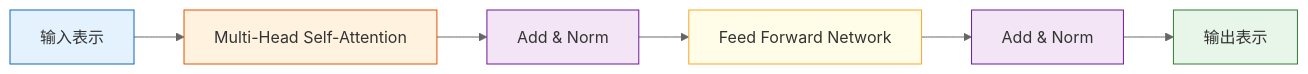
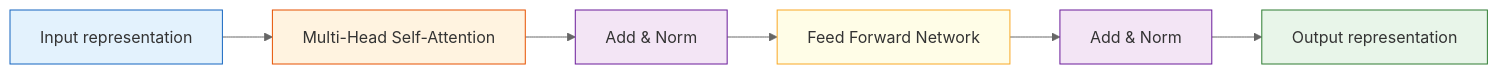
One commit to oudbiao/AI-fullstack-course changed the second of 2 diagrams in docs/ch06-deep-learning/ch05-transformer/02-transformer-architecture.md. Above: the diagram before and after it, drawn with Mermaid (neutral theme). The commit also changed other lines of this file and 1406 other files, not shown here.

````diff
--- a/docs/ch06-deep-learning/ch05-transformer/02-transformer-architecture.md
+++ b/docs/ch06-deep-learning/ch05-transformer/02-transformer-architecture.md
@@ -108,15 +108,15 @@
 ```mermaid
 flowchart LR
-    A["输入表示"] --> B["Multi-Head Self-Attention"]
+    A["Input representation"] --> B["Multi-Head Self-Attention"]
     B --> C["Add & Norm"]
     C --> D["Feed Forward Network"]
     D --> E["Add & Norm"]
-    E --> F["输出表示"]
+    E --> F["Output representation"]
 
     style A fill:#e3f2fd,stroke:#1565c0,color:#333
     style B fill:#fff3e0,stroke:#e65100,color:#333
     style C fill:#f3e5f5,stroke:#6a1b9a,color:#333
     style D fill:#fffde7,stroke:#f9a825,color:#333
     style E fill:#f3e5f5,stroke:#6a1b9a,color:#333
     style F fill:#e8f5e9,stroke:#2e7d32,color:#333
 ```
````
